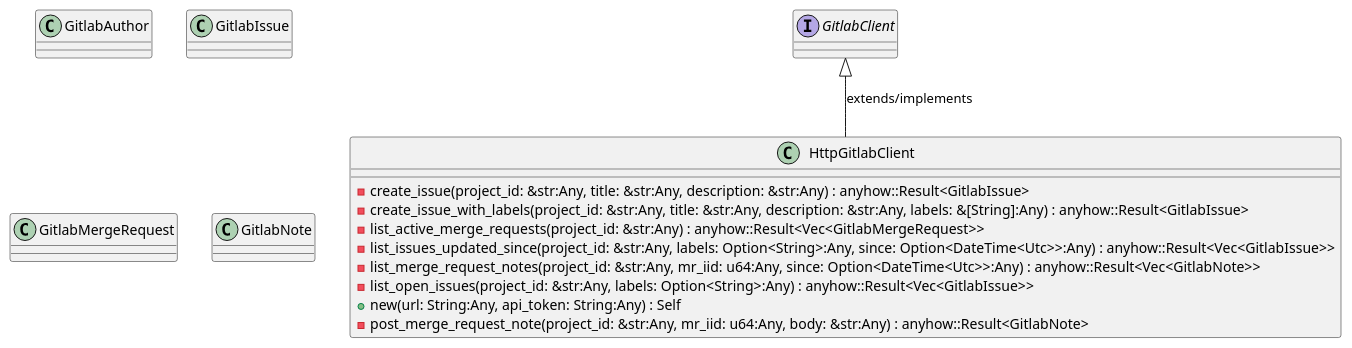
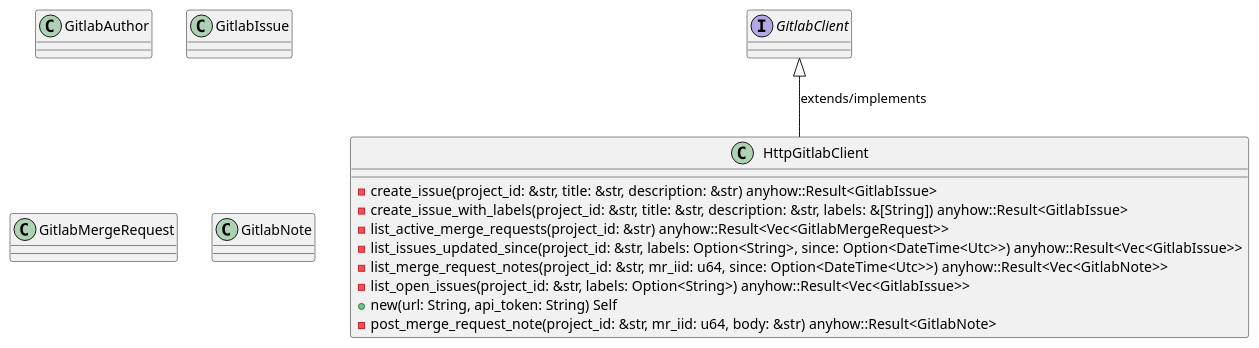
One commit to lgcorzo/rust_CACD_autonomous_factory changed the first of 6 diagrams in openwiki/crates_factory_infrastructure_src_gitlab.md. Above: the diagram before and after it, drawn with PlantUML. The commit also changed other lines of this file and 97 other files, not shown here.

First line of the commit message:
Fix Rust AST parsing for method and function parameters, and update OKF UML frontmatter

````diff
--- a/openwiki/crates_factory_infrastructure_src_gitlab.md
+++ b/openwiki/crates_factory_infrastructure_src_gitlab.md
@@ -198,26 +203,26 @@
 ```plantuml
 @startuml
 class GitlabAuthor {
 }
 interface GitlabClient {
 }
 class GitlabIssue {
 }
 class GitlabMergeRequest {
 }
 class GitlabNote {
 }
 class HttpGitlabClient {
-    -create_issue(project_id: &str:Any, title: &str:Any, description: &str:Any) : anyhow::Result<GitlabIssue>
-    -create_issue_with_labels(project_id: &str:Any, title: &str:Any, description: &str:Any, labels: &[String]:Any) : anyhow::Result<GitlabIssue>
-    -list_active_merge_requests(project_id: &str:Any) : anyhow::Result<Vec<GitlabMergeRequest>>
-    -list_issues_updated_since(project_id: &str:Any, labels: Option<String>:Any, since: Option<DateTime<Utc>>:Any) : anyhow::Result<Vec<GitlabIssue>>
-    -list_merge_request_notes(project_id: &str:Any, mr_iid: u64:Any, since: Option<DateTime<Utc>>:Any) : anyhow::Result<Vec<GitlabNote>>
-    -list_open_issues(project_id: &str:Any, labels: Option<String>:Any) : anyhow::Result<Vec<GitlabIssue>>
-    +new(url: String:Any, api_token: String:Any) : Self
-    -post_merge_request_note(project_id: &str:Any, mr_iid: u64:Any, body: &str:Any) : anyhow::Result<GitlabNote>
+    -create_issue(project_id: &str, title: &str, description: &str) anyhow::Result<GitlabIssue>
+    -create_issue_with_labels(project_id: &str, title: &str, description: &str, labels: &[String]) anyhow::Result<GitlabIssue>
+    -list_active_merge_requests(project_id: &str) anyhow::Result<Vec<GitlabMergeRequest>>
+    -list_issues_updated_since(project_id: &str, labels: Option<String>, since: Option<DateTime<Utc>>) anyhow::Result<Vec<GitlabIssue>>
+    -list_merge_request_notes(project_id: &str, mr_iid: u64, since: Option<DateTime<Utc>>) anyhow::Result<Vec<GitlabNote>>
+    -list_open_issues(project_id: &str, labels: Option<String>) anyhow::Result<Vec<GitlabIssue>>
+    +new(url: String, api_token: String) Self
+    -post_merge_request_note(project_id: &str, mr_iid: u64, body: &str) anyhow::Result<GitlabNote>
 }
 GitlabClient <|-- HttpGitlabClient : extends/implements
 @enduml
 
 ```
````
